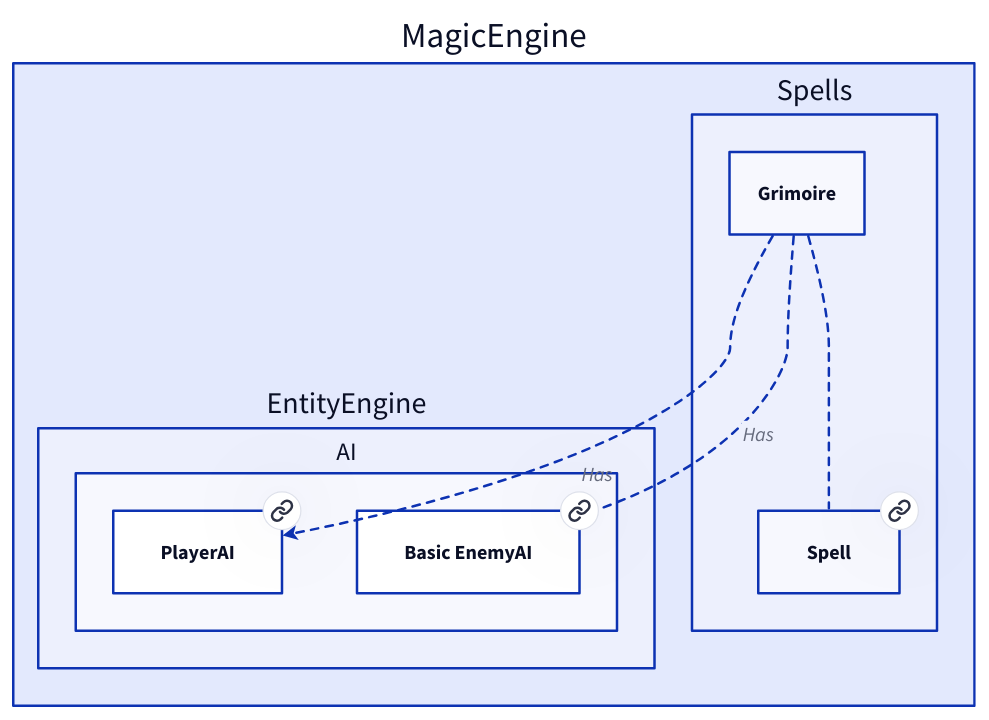
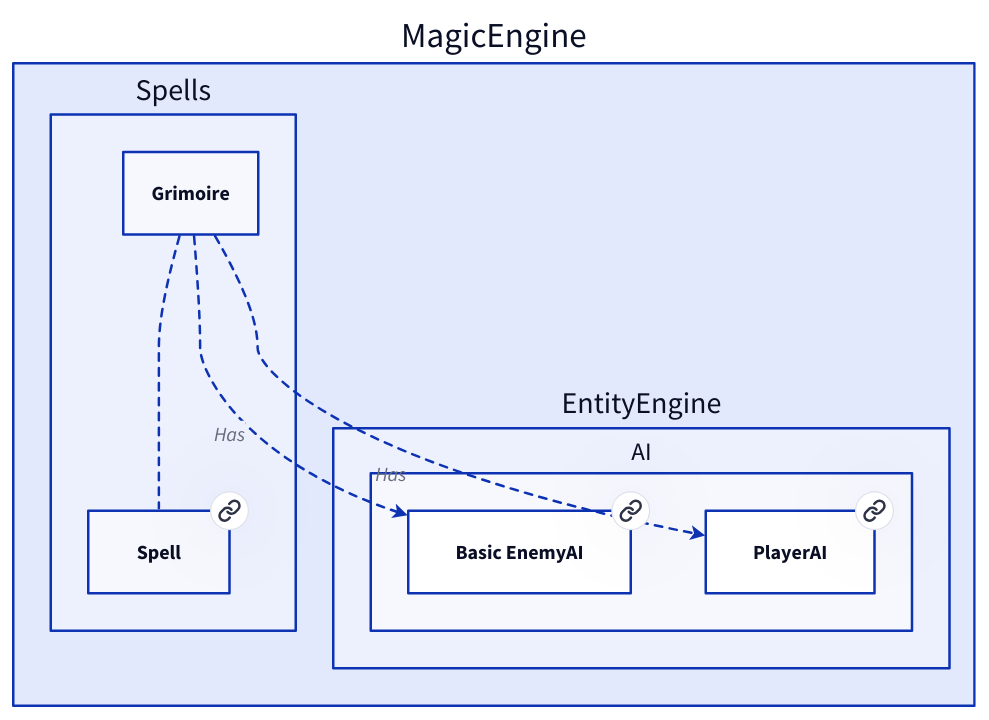
Before and after one commit to Portevent/Brume-Documentation: the diagram in doc/MagicEngine/Spells/Grimoire.md, drawn with D2. The commit also changed other lines of this file and 90 other files, not shown here.

````diff
--- a/doc/MagicEngine/Spells/Grimoire.md
+++ b/doc/MagicEngine/Spells/Grimoire.md
@@ -11,32 +11,32 @@
 ```d2
 # Nodes :
 MagicEngine: {
+    Spells: {
+        Spell: Spell {
+           link: Spell
+        }
+    }
     EntityEngine: {
         AI: {
+            BasicEnemyAI: Basic EnemyAI {
+               link: BasicEnemyAI
+            }
             PlayerAI: PlayerAI {
                link: PlayerAI
             }
-            BasicEnemyAI: Basic EnemyAI {
-               link: BasicEnemyAI
-            }
-        }
-    }
-    Spells: {
-        Spell: Spell {
-           link: Spell
         }
     }
 }
 
 # Links :
 MagicEngine.Spells.Grimoire -- MagicEngine.Spells.Spell: {style.stroke-dash: 3}
-MagicEngine.Spells.Grimoire -> MagicEngine.EntityEngine.AI.PlayerAI: Has {style.stroke-dash: 3
+MagicEngine.Spells.Grimoire -> MagicEngine.EntityEngine.AI.BasicEnemyAI: Has {style.stroke-dash: 3
 source-arrowhead: {}
 target-arrowhead: {shape: arrow}
 }
-MagicEngine.Spells.Grimoire -> MagicEngine.EntityEngine.AI.BasicEnemyAI: Has {style.stroke-dash: 3
+MagicEngine.Spells.Grimoire -> MagicEngine.EntityEngine.AI.PlayerAI: Has {style.stroke-dash: 3
 source-arrowhead: {}
 target-arrowhead: {shape: arrow}
 }
 
 ```
````
